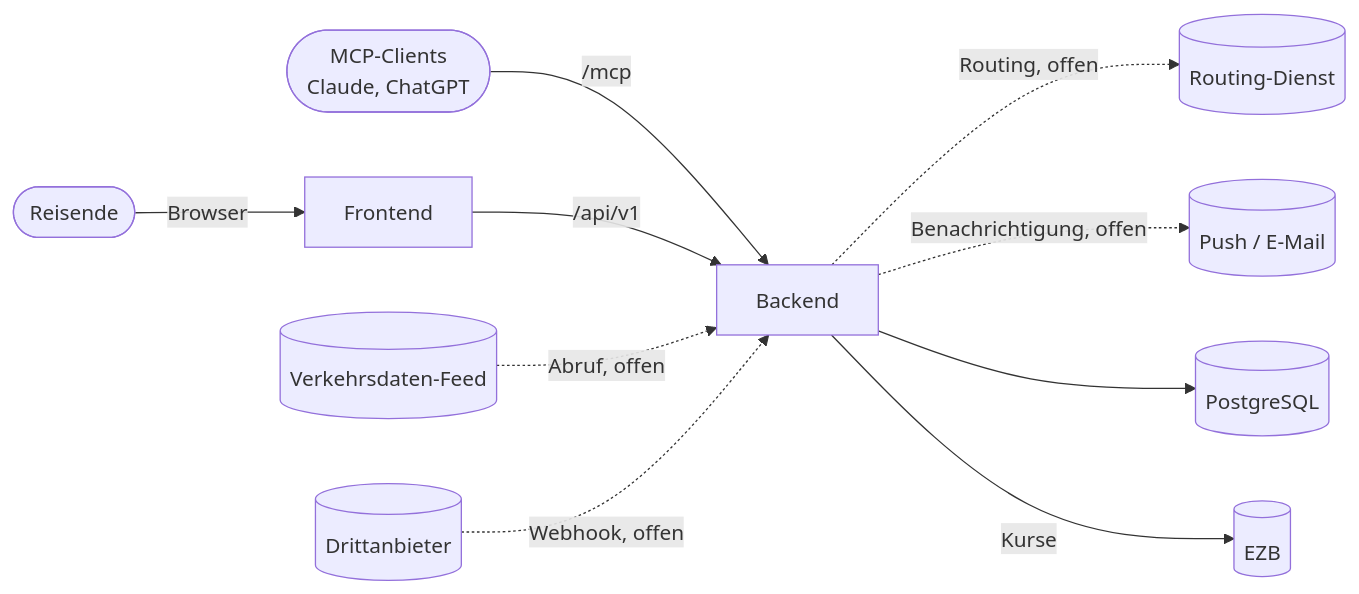
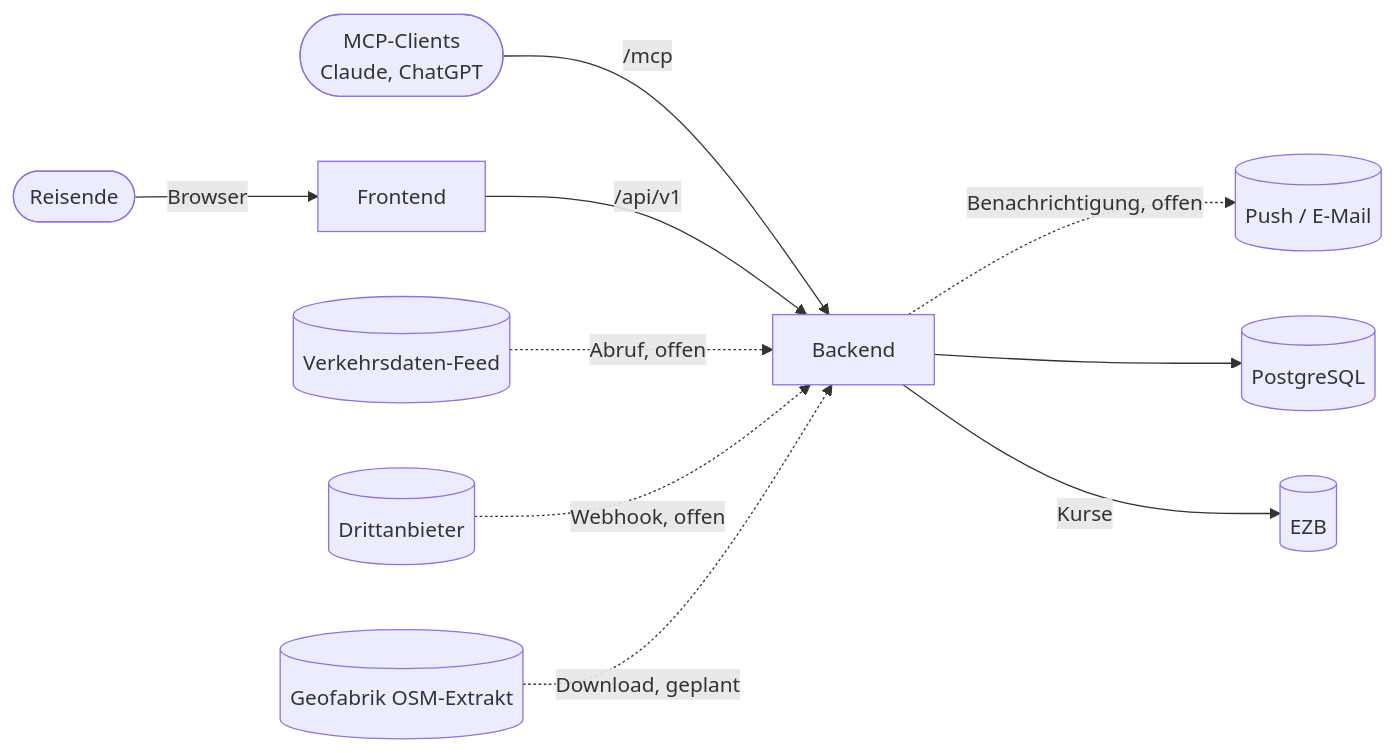
One commit to kehrbros/nofrustrationvacation changed the first of 2 diagrams in Docs/architecture.md. Above: the diagram before and after it, drawn with Mermaid. The commit also changed other lines of this file and 5 other files, not shown here.

First line of the commit message:
Document network design: embedded GraphHopper, PostGIS, NZ region

````diff
--- a/Docs/architecture.md
+++ b/Docs/architecture.md
@@ -9,12 +9,12 @@
 ```mermaid
 flowchart LR
     user([Reisende]) -->|Browser| fe[Frontend]
     mcp([MCP-Clients<br>Claude, ChatGPT]) -->|/mcp| be
     fe -->|/api/v1| be[Backend]
     feed[(Verkehrsdaten-Feed)] -.->|Abruf, offen| be
     hook[(Drittanbieter)] -.->|Webhook, offen| be
-    be -.->|Routing, offen| routing[(Routing-Dienst)]
+    osm[(Geofabrik OSM-Extrakt)] -.->|Download, geplant| be
     be -.->|Benachrichtigung, offen| notify[(Push / E-Mail)]
     be --> db[(PostgreSQL)]
     be -->|Kurse| ecb[(EZB)]
 ```
````
